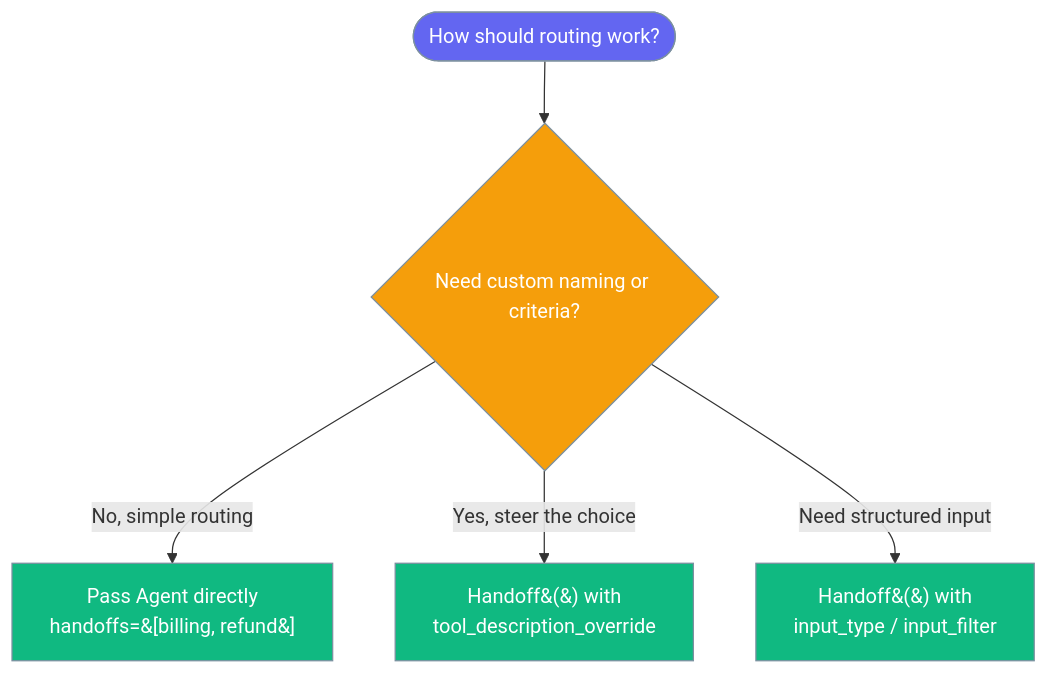
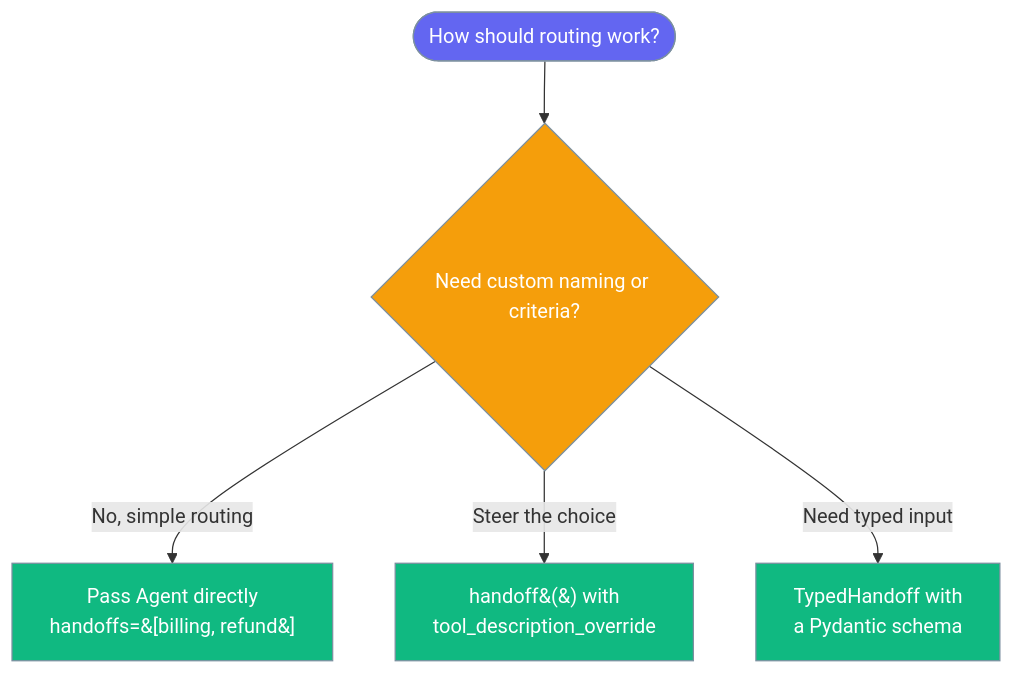
Before and after one commit to MervinPraison/PraisonAIDocs: the third of 3 diagrams in docs/features/handoffs.mdx, drawn with Mermaid. The commit also changed other lines of this file and 1 other file, not shown here.

First line of the commit message:
docs: apply AGENTS.md standards to handoffs and knowledge feature pages (fixes #1758)

````diff
--- a/docs/features/handoffs.mdx
+++ b/docs/features/handoffs.mdx
@@ -63,15 +131,15 @@
 ```mermaid
 graph TB
     Start([How should routing work?]) --> Q1{Need custom naming or criteria?}
-    Q1 -->|No, simple routing| A[Pass Agent directly<br/>handoffs=&#91;billing, refund&#93;]
-    Q1 -->|Yes, steer the choice| B[Handoff&#40;&#41; with<br/>tool_description_override]
-    Q1 -->|Need structured input| C[Handoff&#40;&#41; with<br/>input_type / input_filter]
+    Q1 -->|No, simple routing| A["Pass Agent directly<br/>handoffs=&#91;billing, refund&#93;"]
+    Q1 -->|Steer the choice| B["handoff&#40;&#41; with<br/>tool_description_override"]
+    Q1 -->|Need typed input| C["TypedHandoff with<br/>a Pydantic schema"]
 
     classDef start fill:#6366F1,stroke:#7C90A0,color:#fff
     classDef question fill:#F59E0B,stroke:#7C90A0,color:#fff
     classDef answer fill:#10B981,stroke:#7C90A0,color:#fff
 
     class Start start
     class Q1 question
     class A,B,C answer
 ```
````
